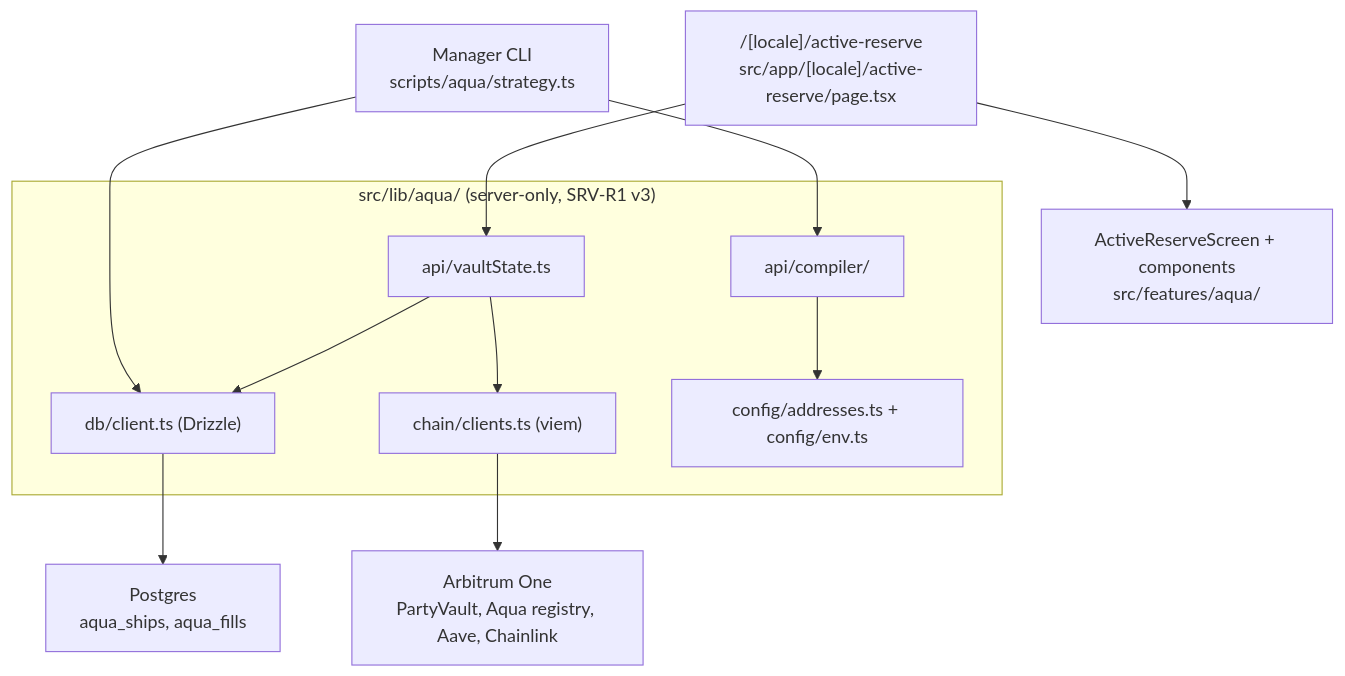
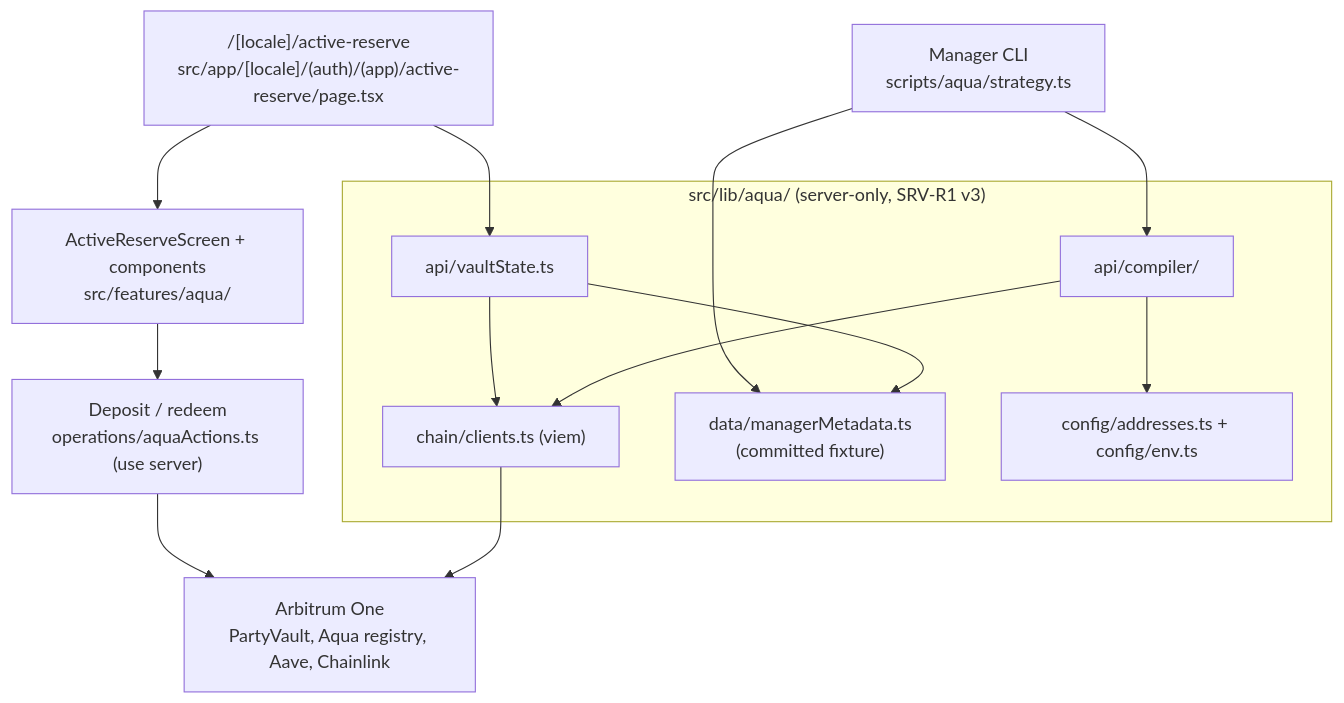
One commit to PoolPartyLabs/pool-party-v2-frontend changed the diagram in docs/_hackathon_aqua/00_IMPLEMENTATION_PLAN.md. Above: the diagram before and after it, drawn with Mermaid. The commit also changed other lines of this file and 10 other files, not shown here.

````diff
--- a/docs/_hackathon_aqua/00_IMPLEMENTATION_PLAN.md
+++ b/docs/_hackathon_aqua/00_IMPLEMENTATION_PLAN.md
@@ -297,27 +293,29 @@
 ```mermaid
 flowchart TD
-  R["/[locale]/active-reserve<br/>src/app/[locale]/active-reserve/page.tsx"]
+  R["/[locale]/active-reserve<br/>src/app/[locale]/(auth)/(app)/active-reserve/page.tsx"]
   S["ActiveReserveScreen + components<br/>src/features/aqua/"]
+  W["Deposit / redeem<br/>operations/aquaActions.ts (use server)"]
   CLI["Manager CLI<br/>scripts/aqua/strategy.ts"]
 
   subgraph API["src/lib/aqua/ (server-only, SRV-R1 v3)"]
     V["api/vaultState.ts"]
     C["api/compiler/"]
     CH["chain/clients.ts (viem)"]
-    DB["db/client.ts (Drizzle)"]
+    MD["data/managerMetadata.ts<br/>(committed fixture)"]
     CFG["config/addresses.ts + config/env.ts"]
   end
 
   ARB["Arbitrum One<br/>PartyVault, Aqua registry, Aave, Chainlink"]
-  PG["Postgres<br/>aqua_ships, aqua_fills"]
 
   R --> V
   R --> S
+  S --> W
+  W --> ARB
   CLI --> C
-  CLI --> DB
+  CLI --> MD
   V --> CH
-  V --> DB
+  V --> MD
   C --> CFG
+  C --> CH
   CH --> ARB
-  DB --> PG
 ```
````
